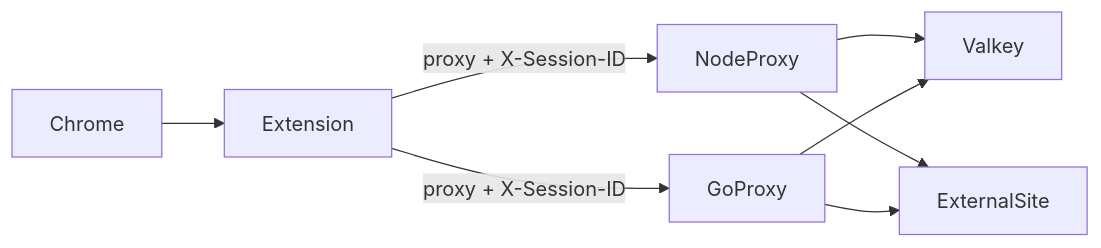
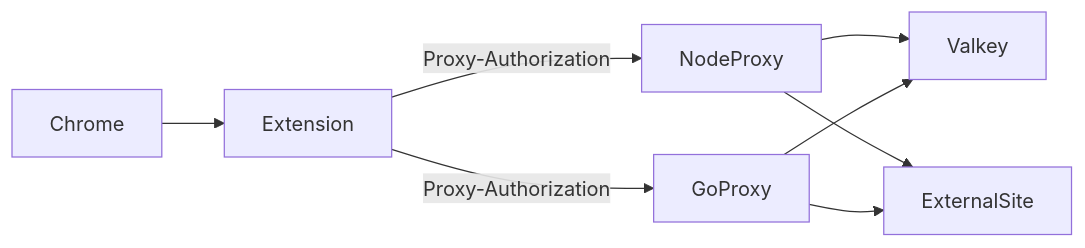
Before and after one commit to YiRongTeo/forward-proxy-project: the diagram in README.md, drawn with Mermaid. The commit also changed other lines of this file and 36 other files, not shown here.

First line of the commit message:
feat: Valkey domain-key credential auth via Proxy-Authorization

````diff
--- a/README.md
+++ b/README.md
@@ -18,10 +26,10 @@
 ```mermaid
 flowchart LR
   Chrome --> Extension
-  Extension -->|"proxy + X-Session-ID"| NodeProxy
-  Extension -->|"proxy + X-Session-ID"| GoProxy
+  Extension -->|"Proxy-Authorization"| NodeProxy
+  Extension -->|"Proxy-Authorization"| GoProxy
   NodeProxy --> Valkey
   GoProxy --> Valkey
   NodeProxy --> ExternalSite
   GoProxy --> ExternalSite
 ```
````
